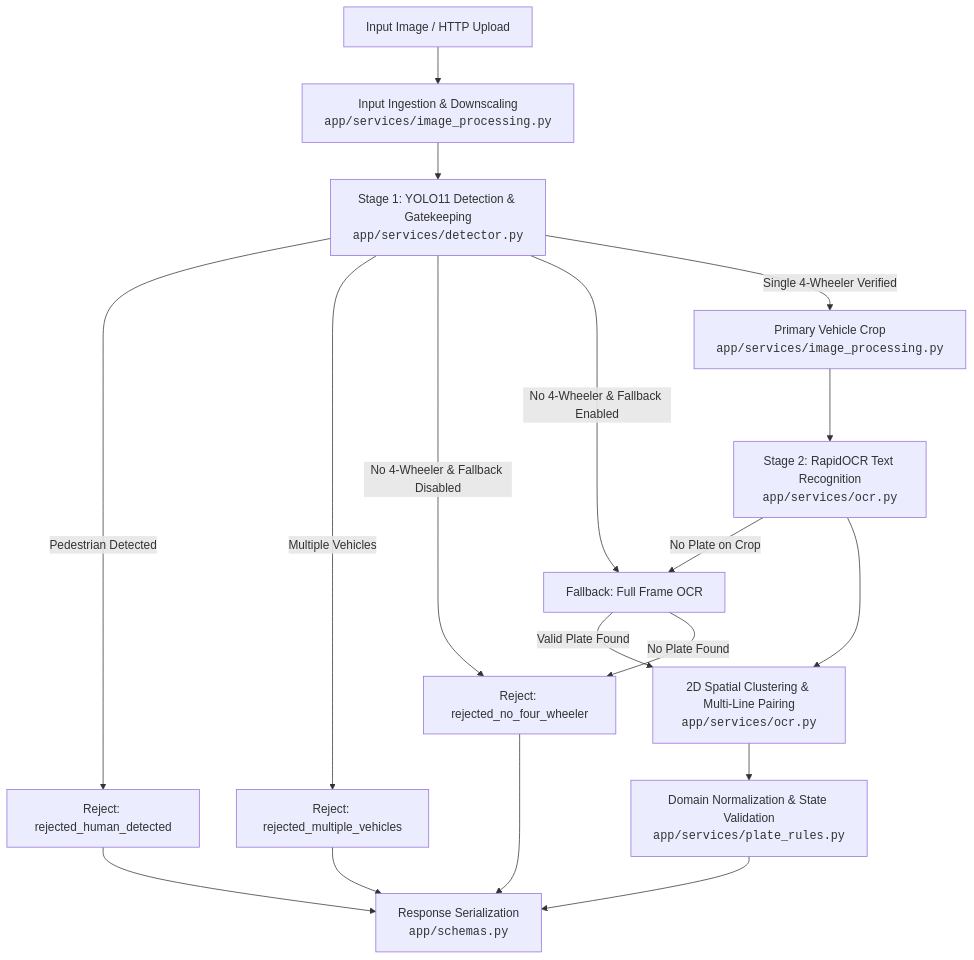
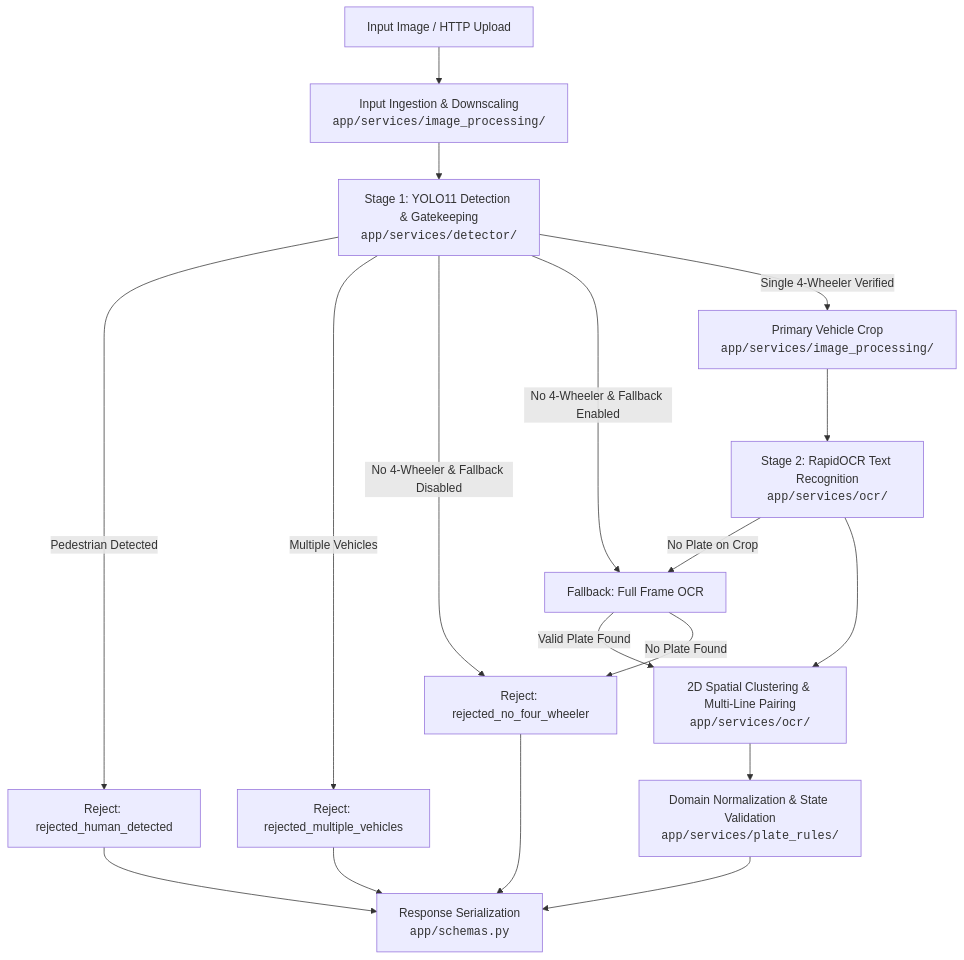
One commit to dheereshag/argus changed the diagram in docs/ARCHITECTURE.md. Above: the diagram before and after it, drawn with Mermaid. The commit also changed other lines of this file and 39 other files, not shown here.

````diff
--- a/docs/ARCHITECTURE.md
+++ b/docs/ARCHITECTURE.md
@@ -11,25 +11,25 @@
 ```mermaid
 flowchart TD
-    A[Input Image / HTTP Upload] --> B[Input Ingestion & Downscaling<br/><code>app/services/image_processing.py</code>]
-    B --> C[Stage 1: YOLO11 Detection & Gatekeeping<br/><code>app/services/detector.py</code>]
+    A[Input Image / HTTP Upload] --> B[Input Ingestion & Downscaling<br/><code>app/services/image_processing/</code>]
+    B --> C[Stage 1: YOLO11 Detection & Gatekeeping<br/><code>app/services/detector/</code>]
     
     C -- Pedestrian Detected --> R1[Reject: rejected_human_detected]
     C -- Multiple Vehicles --> R2[Reject: rejected_multiple_vehicles]
     C -- No 4-Wheeler & Fallback Disabled --> R3[Reject: rejected_no_four_wheeler]
     C -- No 4-Wheeler & Fallback Enabled --> E2[Fallback: Full Frame OCR]
     
-    C -- Single 4-Wheeler Verified --> D[Primary Vehicle Crop<br/><code>app/services/image_processing.py</code>]
+    C -- Single 4-Wheeler Verified --> D[Primary Vehicle Crop<br/><code>app/services/image_processing/</code>]
     
-    D --> E[Stage 2: RapidOCR Text Recognition<br/><code>app/services/ocr.py</code>]
+    D --> E[Stage 2: RapidOCR Text Recognition<br/><code>app/services/ocr/</code>]
     E -- No Plate on Crop --> E2
-    E --> F[2D Spatial Clustering & Multi-Line Pairing<br/><code>app/services/ocr.py</code>]
+    E --> F[2D Spatial Clustering & Multi-Line Pairing<br/><code>app/services/ocr/</code>]
     E2 -- Valid Plate Found --> F
     E2 -- No Plate Found --> R3
     
-    F --> G[Domain Normalization & State Validation<br/><code>app/services/plate_rules.py</code>]
+    F --> G[Domain Normalization & State Validation<br/><code>app/services/plate_rules/</code>]
     G --> H[Response Serialization<br/><code>app/schemas.py</code>]
     
     R1 --> H
     R2 --> H
     R3 --> H
 ```
````
